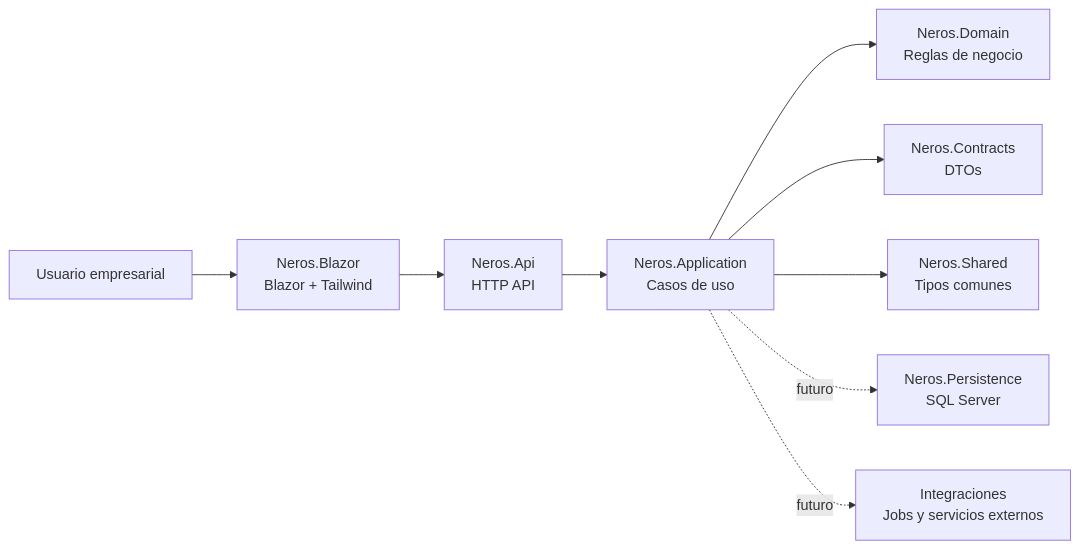
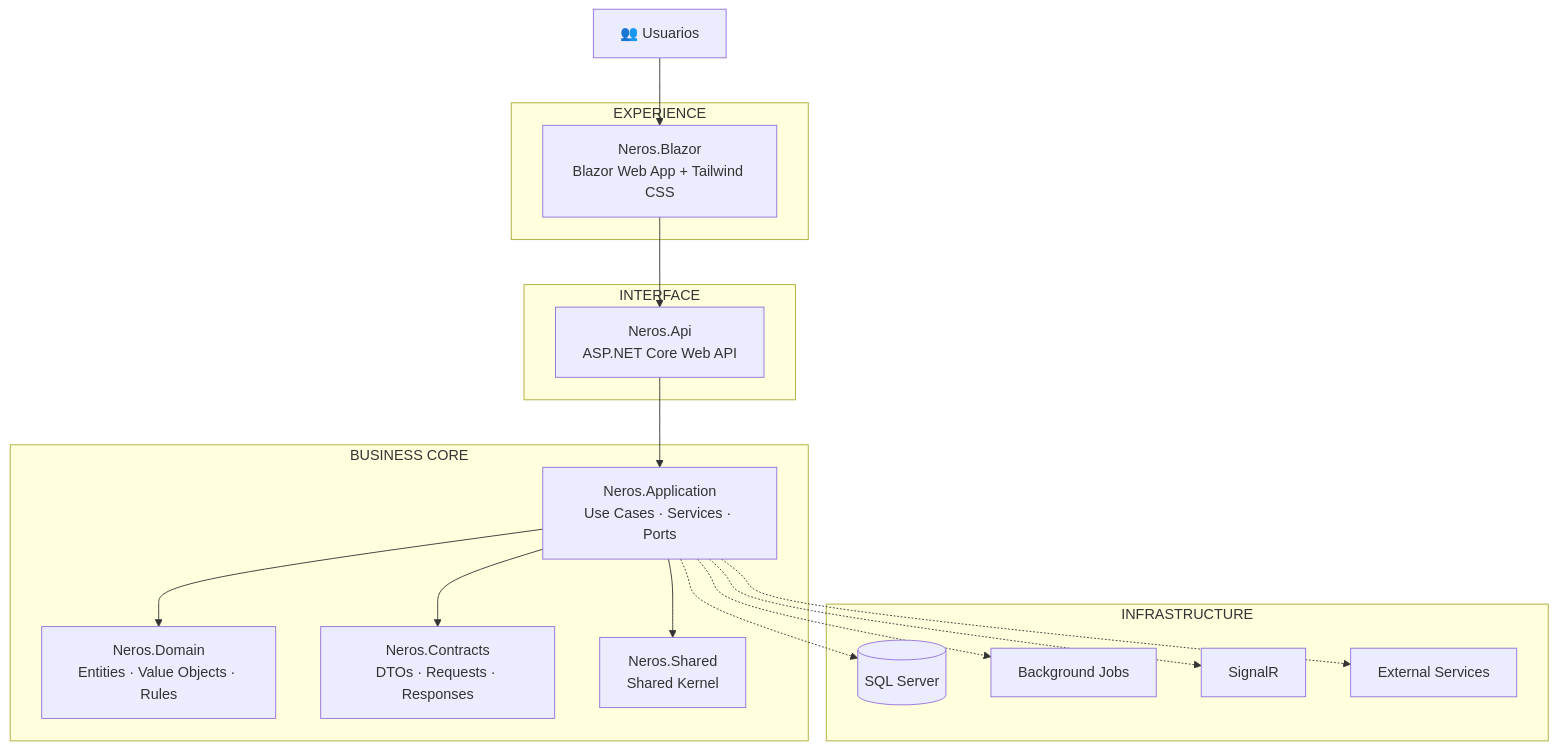
Before and after one commit to panconquesito01/NEROS-ERP: the first of 2 diagrams in README.md, drawn with Mermaid. The commit also changed other lines of this file, not shown here.

````diff
--- a/README.md
+++ b/README.md
@@ -60,11 +397,40 @@
 ```mermaid
-flowchart LR
-	Usuario[Usuario empresarial] --> Blazor[Neros.Blazor<br/>Blazor + Tailwind]
-	Blazor --> Api[Neros.Api<br/>HTTP API]
-	Api --> Application[Neros.Application<br/>Casos de uso]
-	Application --> Domain[Neros.Domain<br/>Reglas de negocio]
-	Application --> Contracts[Neros.Contracts<br/>DTOs]
-	Application --> Shared[Neros.Shared<br/>Tipos comunes]
-	Application -. futuro .-> Persistence[Neros.Persistence<br/>SQL Server]
-	Application -. futuro .-> Integrations[Integraciones<br/>Jobs y servicios externos]
+flowchart TB
+
+    USERS["👥 Usuarios"]
+
+    subgraph EXPERIENCE["EXPERIENCE"]
+        BLAZOR["Neros.Blazor<br/>Blazor Web App + Tailwind CSS"]
+    end
+
+    subgraph INTERFACE["INTERFACE"]
+        API["Neros.Api<br/>ASP.NET Core Web API"]
+    end
+
+    subgraph CORE["BUSINESS CORE"]
+        APPLICATION["Neros.Application<br/>Use Cases · Services · Ports"]
+        DOMAIN["Neros.Domain<br/>Entities · Value Objects · Rules"]
+        CONTRACTS["Neros.Contracts<br/>DTOs · Requests · Responses"]
+        SHARED["Neros.Shared<br/>Shared Kernel"]
+    end
+
+    subgraph INFRASTRUCTURE["INFRASTRUCTURE"]
+        DATABASE[("SQL Server")]
+        JOBS["Background Jobs"]
+        SIGNALR["SignalR"]
+        EXTERNAL["External Services"]
+    end
+
+    USERS --> BLAZOR
+    BLAZOR --> API
+    API --> APPLICATION
+
+    APPLICATION --> DOMAIN
+    APPLICATION --> CONTRACTS
+    APPLICATION --> SHARED
+
+    APPLICATION -.-> DATABASE
+    APPLICATION -.-> JOBS
+    APPLICATION -.-> SIGNALR
+    APPLICATION -.-> EXTERNAL
 ```
````
